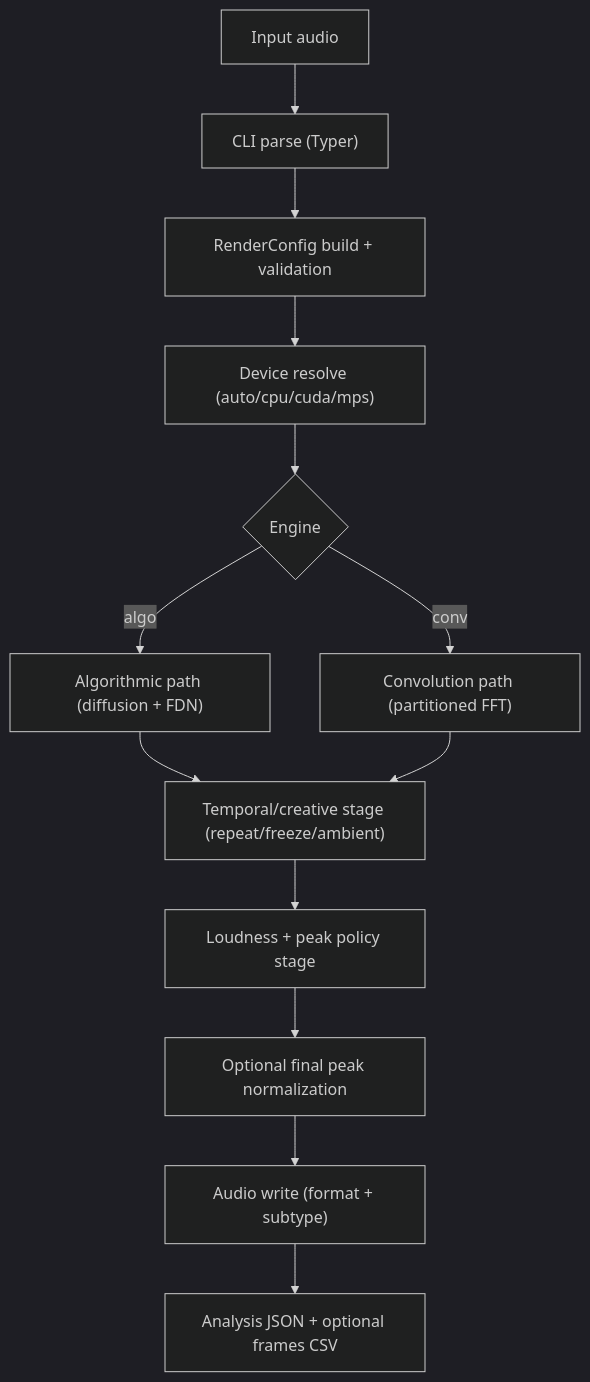
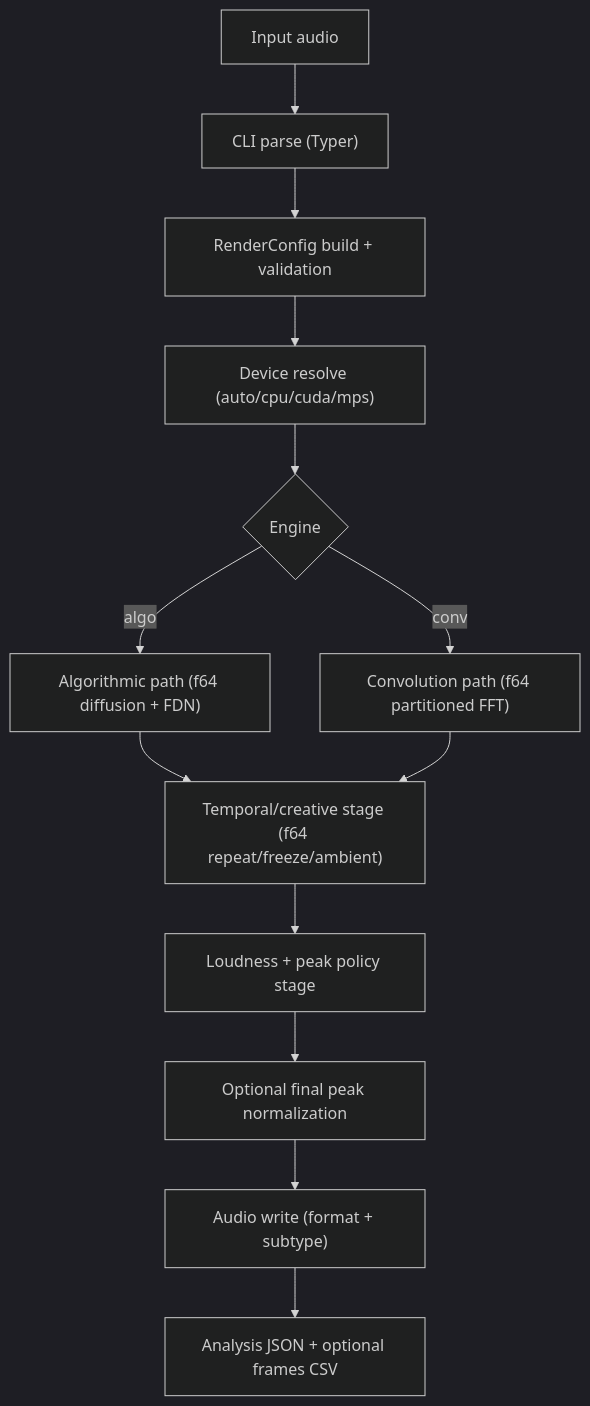
One commit to TheColby/verbx changed the third of 15 diagrams in README.md. Above: the diagram before and after it, drawn with Mermaid (dark theme). The commit also changed other lines of this file, not shown here.

Commit message:
docs: improve FDN diagrams and add detailed DSP flow section

````diff
--- a/README.md
+++ b/README.md
@@ -1299,15 +1304,15 @@
 ```mermaid
 flowchart TD
   A["Input audio"] --> B["CLI parse (Typer)"]
   B --> C["RenderConfig build + validation"]
   C --> D["Device resolve (auto/cpu/cuda/mps)"]
   D --> E{"Engine"}
-  E -->|"algo"| F["Algorithmic path (diffusion + FDN)"]
-  E -->|"conv"| G["Convolution path (partitioned FFT)"]
-  F --> H["Temporal/creative stage (repeat/freeze/ambient)"]
+  E -->|"algo"| F["Algorithmic path (f64 diffusion + FDN)"]
+  E -->|"conv"| G["Convolution path (f64 partitioned FFT)"]
+  F --> H["Temporal/creative stage (f64 repeat/freeze/ambient)"]
   G --> H
   H --> I["Loudness + peak policy stage"]
   I --> J["Optional final peak normalization"]
   J --> K["Audio write (format + subtype)"]
   K --> L["Analysis JSON + optional frames CSV"]
 ```
````
